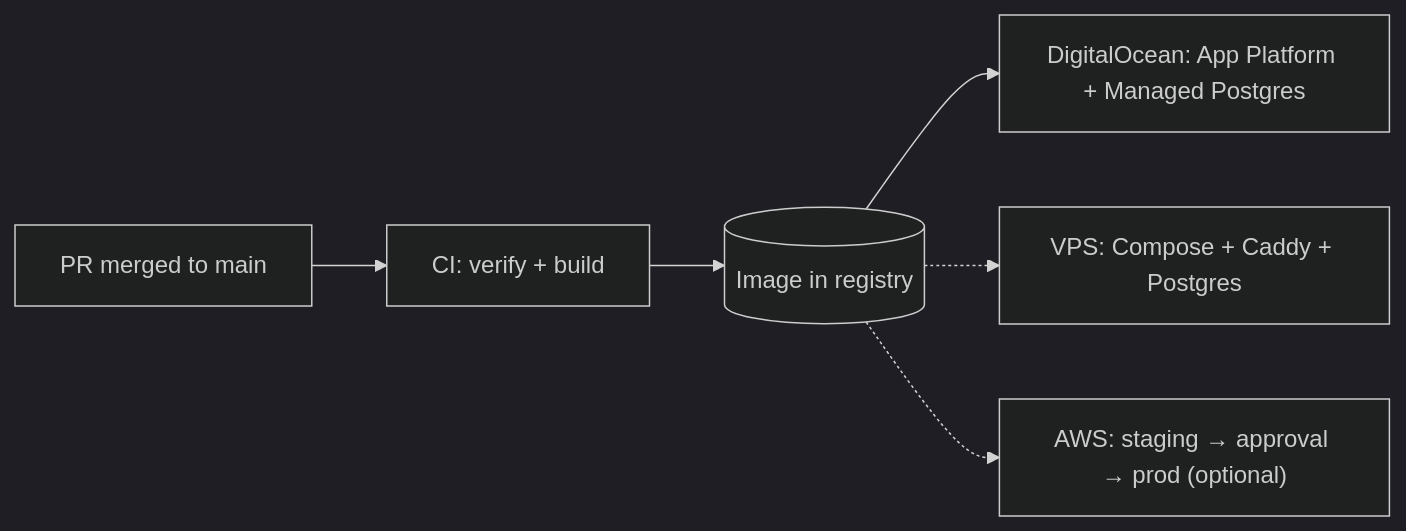
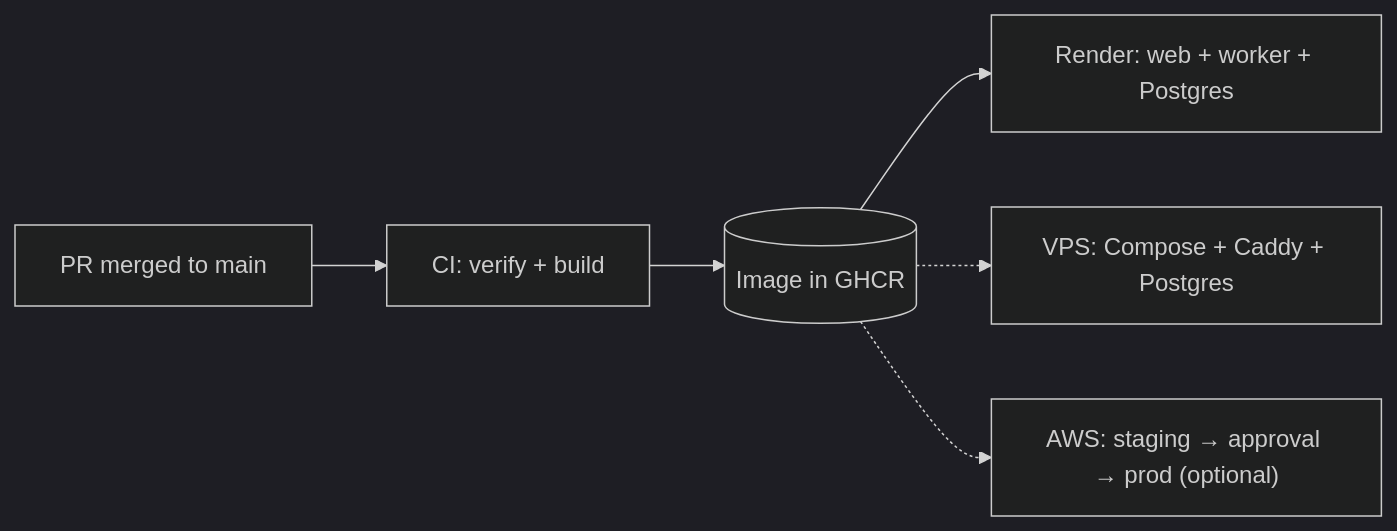
The first of 3 diagrams in docs/roadmap/README.md (hinoahlee/launchpad), drawn with Mermaid (dark theme) before and after one commit. The commit also changed other lines of this file and 19 other files, not shown here.

Commit message:
docs: Render paid as the main target, images from GHCR, deploys from GitHub (decision 004)

````diff
--- a/docs/roadmap/README.md
+++ b/docs/roadmap/README.md
@@ -58,8 +58,8 @@
 ```mermaid
 flowchart LR
   pr["PR merged to main"] --> ci["CI: verify + build"]
-  ci --> reg[("Image in registry")]
-  reg --> do["DigitalOcean: App Platform + Managed Postgres"]
+  ci --> reg[("Image in GHCR")]
+  reg --> render["Render: web + worker + Postgres"]
   reg -.-> vps["VPS: Compose + Caddy + Postgres"]
   reg -.-> aws["AWS: staging → approval → prod (optional)"]
 ```
````
